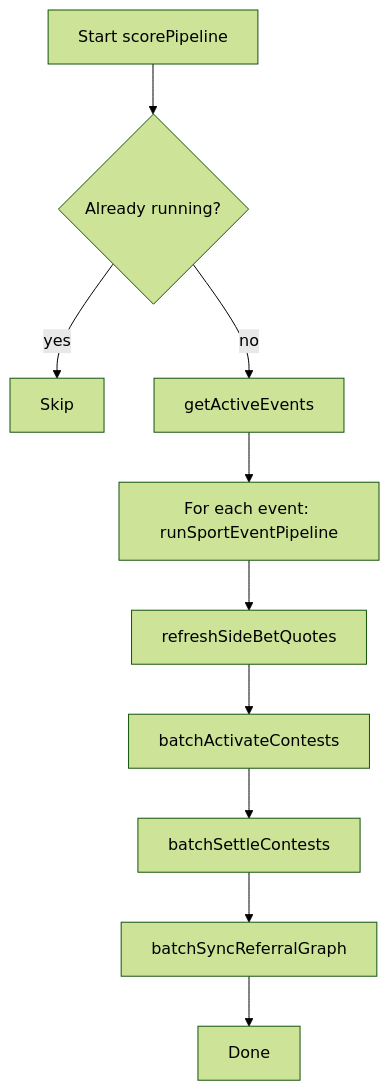
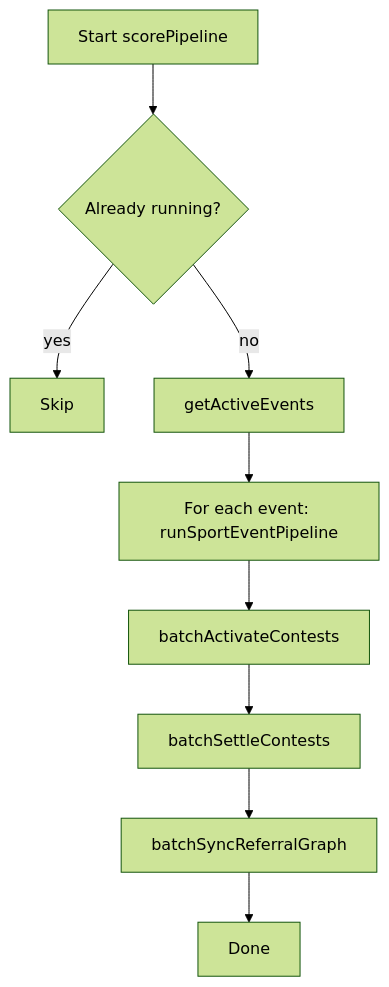
Before and after one commit to MagRelo/cut: the diagram in spec/server/cron.md, drawn with Mermaid (forest theme). The commit also changed other lines of this file and 135 other files, not shown here.

First line of the commit message:
Refactor side bet components and remove related logic

````diff
--- a/spec/server/cron.md
+++ b/spec/server/cron.md
@@ -18,12 +18,11 @@
 ```mermaid
 flowchart TD
   A[Start scorePipeline] --> B{Already running?}
   B -->|yes| Z[Skip]
   B -->|no| C[getActiveEvents]
   C --> D[For each event: runSportEventPipeline]
-  D --> E[refreshSideBetQuotes]
-  E --> F[batchActivateContests]
+  D --> F[batchActivateContests]
   F --> G[batchSettleContests]
   G --> H[batchSyncReferralGraph]
   H --> K[Done]
 ```
````
